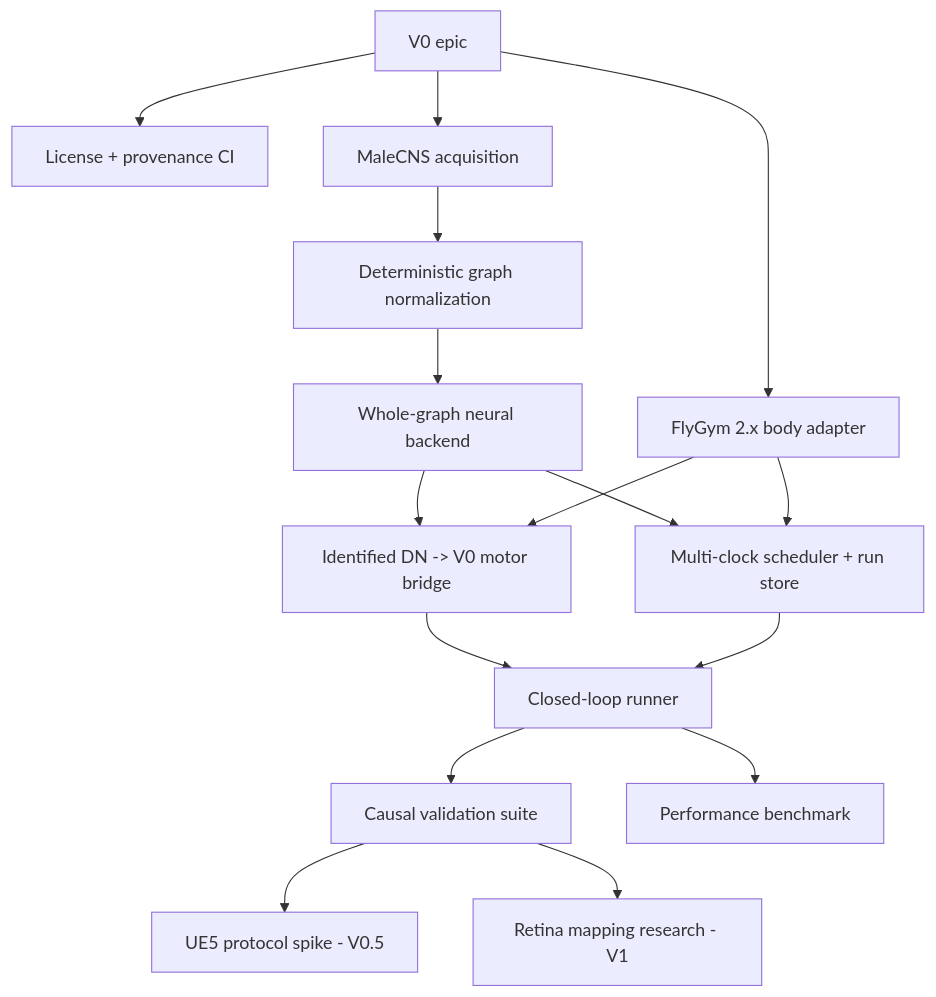
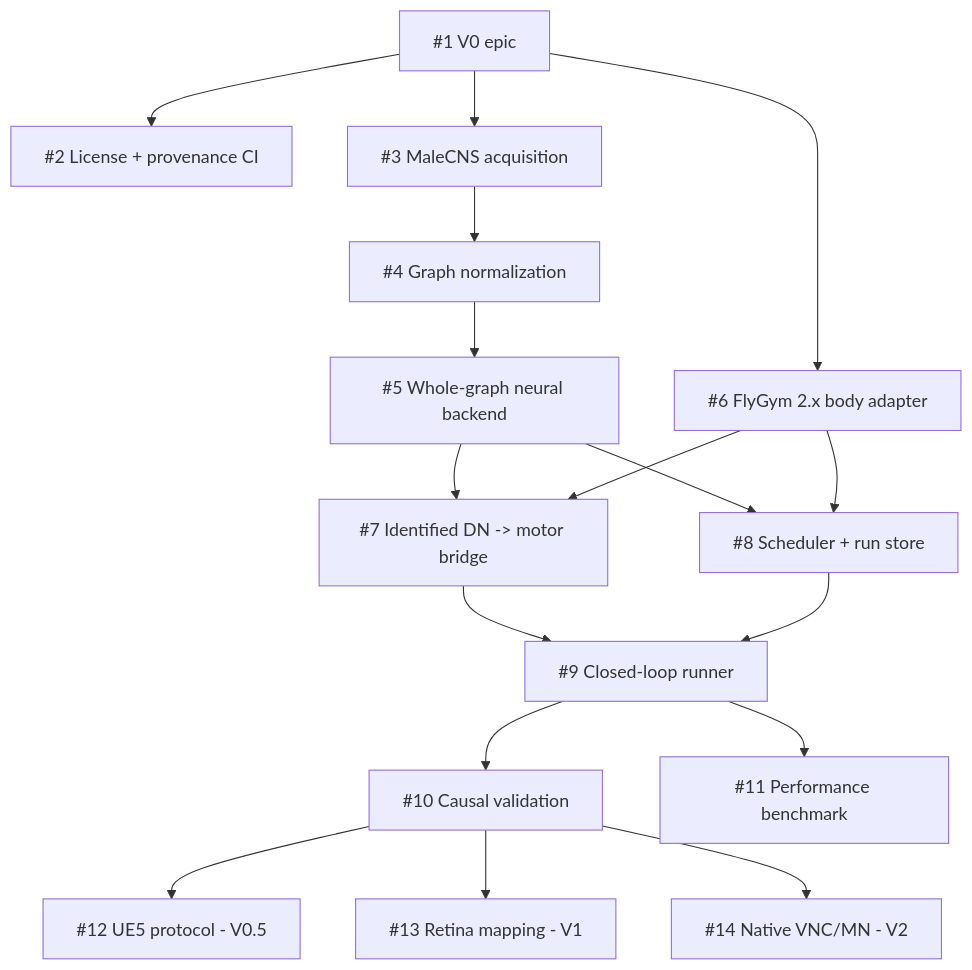
One commit to JayceeB1/flybox changed the diagram in docs/BACKLOG.md. Above: the diagram before and after it, drawn with Mermaid. The commit also changed other lines of this file, not shown here.

````diff
--- a/docs/BACKLOG.md
+++ b/docs/BACKLOG.md
@@ -5,32 +24,34 @@
 ```mermaid
 flowchart TD
-    E[V0 epic]
-    L[License + provenance CI]
-    D[MaleCNS acquisition]
-    G[Deterministic graph normalization]
-    N[Whole-graph neural backend]
-    B[FlyGym 2.x body adapter]
-    M[Identified DN -> V0 motor bridge]
-    S[Multi-clock scheduler + run store]
-    C[Closed-loop runner]
-    V[Causal validation suite]
-    P[Performance benchmark]
-    U[UE5 protocol spike - V0.5]
-    R[Retina mapping research - V1]
+    E["#1 V0 epic"]
+    L["#2 License + provenance CI"]
+    D["#3 MaleCNS acquisition"]
+    G["#4 Graph normalization"]
+    N["#5 Whole-graph neural backend"]
+    B["#6 FlyGym 2.x body adapter"]
+    M["#7 Identified DN -> motor bridge"]
+    S["#8 Scheduler + run store"]
+    C["#9 Closed-loop runner"]
+    V["#10 Causal validation"]
+    P["#11 Performance benchmark"]
+    U["#12 UE5 protocol - V0.5"]
+    R["#13 Retina mapping - V1"]
+    X["#14 Native VNC/MN - V2"]
 
     E --> L
     E --> D
     D --> G
     G --> N
     E --> B
     N --> M
     B --> M
     N --> S
     B --> S
     M --> C
     S --> C
     C --> V
     C --> P
     V --> U
     V --> R
+    V --> X
 ```
````
